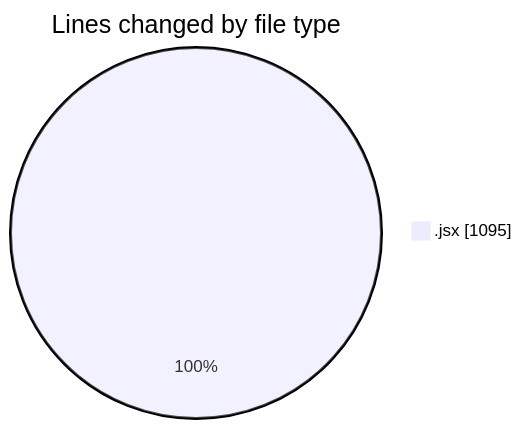
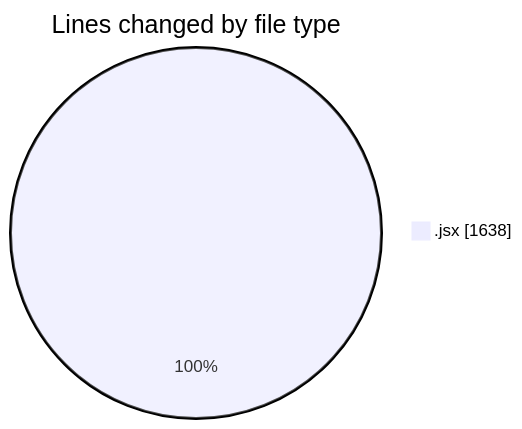
One commit to nxtqubesakshisongat/code-tracking changed the first of 2 diagrams in 2025-11-18/nxtqube_webapp/README.md. Above: the diagram before and after it, drawn with Mermaid. The commit also changed other lines of this file and 1 other file, not shown here.

````diff
--- a/2025-11-18/nxtqube_webapp/README.md
+++ b/2025-11-18/nxtqube_webapp/README.md
@@ -21,5 +22,5 @@
 ```mermaid
 pie showData
 title Lines changed by file type
-".jsx" : 1095
+".jsx" : 1638
 ```
````
